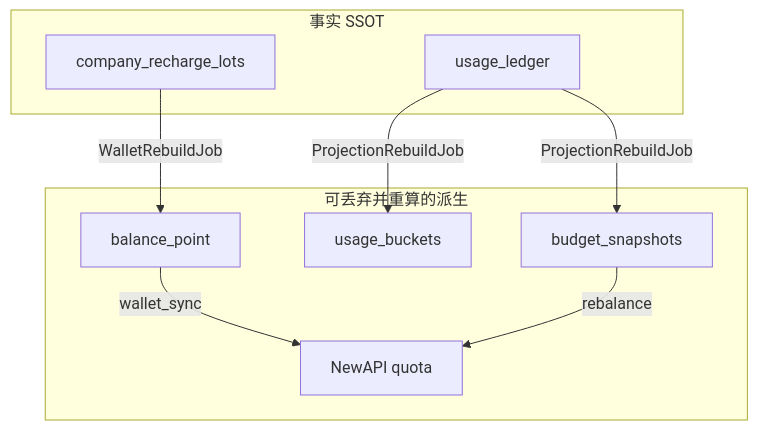
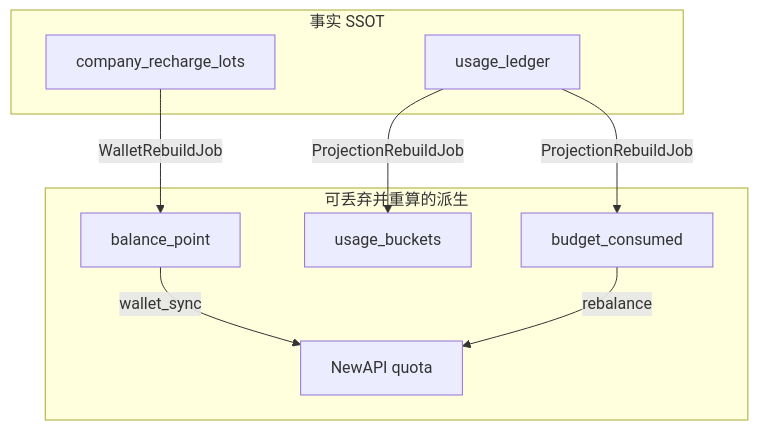
Before and after one commit to quyip8818/mytokenjoy: the third of 6 diagrams in docs/架构评审-系统与数据模型.md, drawn with Mermaid. The commit also changed other lines of this file and 16 other files, not shown here.

````diff
--- a/docs/架构评审-系统与数据模型.md
+++ b/docs/架构评审-系统与数据模型.md
@@ -123,19 +123,19 @@
 ```mermaid
 flowchart TB
   subgraph ssot [事实 SSOT]
     UL[usage_ledger]
     LOT[company_recharge_lots]
   end
 
   subgraph derived [可丢弃并重算的派生]
-    BS[budget_snapshots]
+    BS[budget_consumed]
     UB[usage_buckets]
     BP[balance_point]
     NAQ[NewAPI quota]
   end
 
   UL -->|ProjectionRebuildJob| BS & UB
   LOT -->|WalletRebuildJob| BP
   BP -->|wallet_sync| NAQ
   BS -->|rebalance| NAQ
 ```
````
